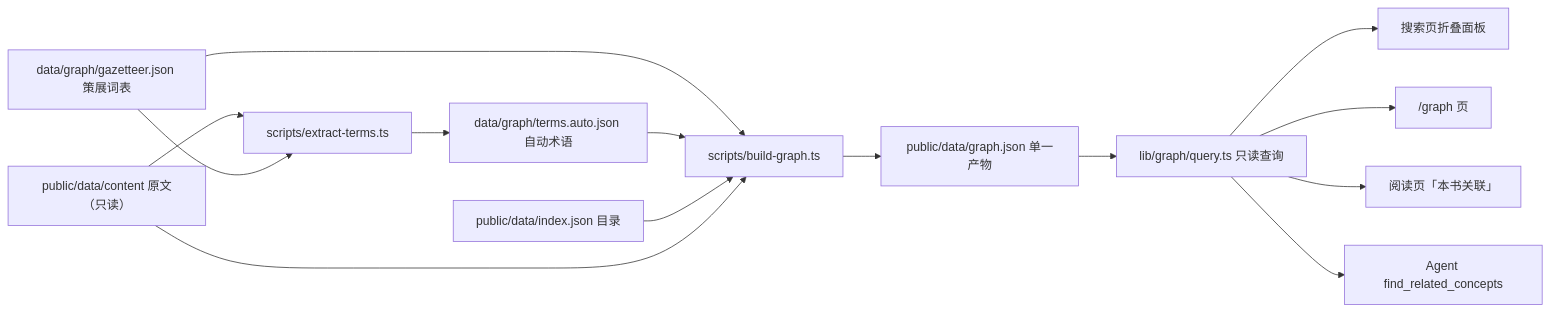
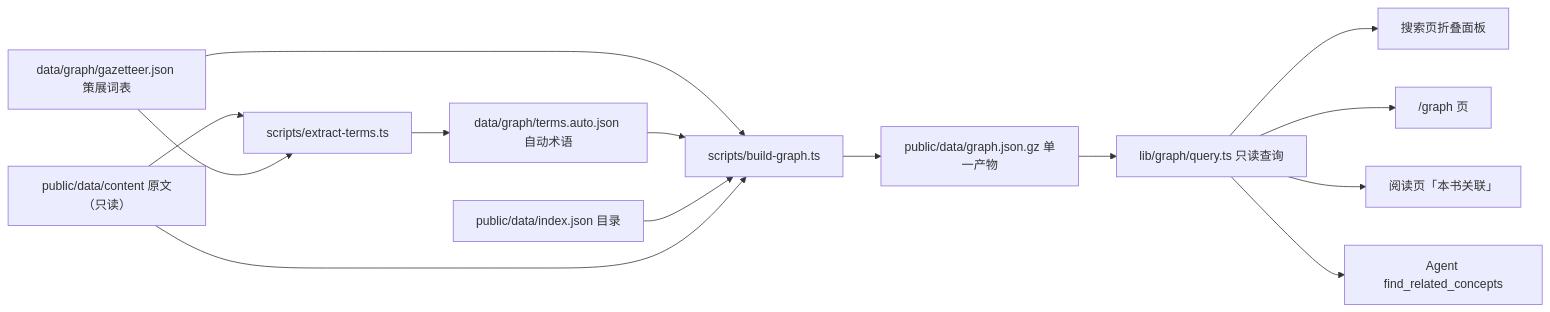
Before and after one commit to DaimaRuge/daozang-web-main: the first of 2 diagrams in docs/ARCHITECTURE.md, drawn with Mermaid. The commit also changed other lines of this file and 23 other files, not shown here.

First line of the commit message:
fix(deploy): gzip 图谱产物并避免把整库原文打进 Vercel 函数

````diff
--- a/docs/ARCHITECTURE.md
+++ b/docs/ARCHITECTURE.md
@@ -57,16 +57,16 @@
 ```mermaid
 flowchart LR
   content["public/data/content 原文（只读）"] --> extract["scripts/extract-terms.ts"]
   gaz["data/graph/gazetteer.json 策展词表"] --> extract
   extract --> auto["data/graph/terms.auto.json 自动术语"]
   gaz --> build["scripts/build-graph.ts"]
   auto --> build
   idx["public/data/index.json 目录"] --> build
   content --> build
-  build --> artifact["public/data/graph.json 单一产物"]
+  build --> artifact["public/data/graph.json.gz 单一产物"]
   artifact --> query["lib/graph/query.ts 只读查询"]
   query --> search["搜索页折叠面板"]
   query --> page["/graph 页"]
   query --> reader["阅读页「本书关联」"]
   query --> agent["Agent find_related_concepts"]
 ```
````
